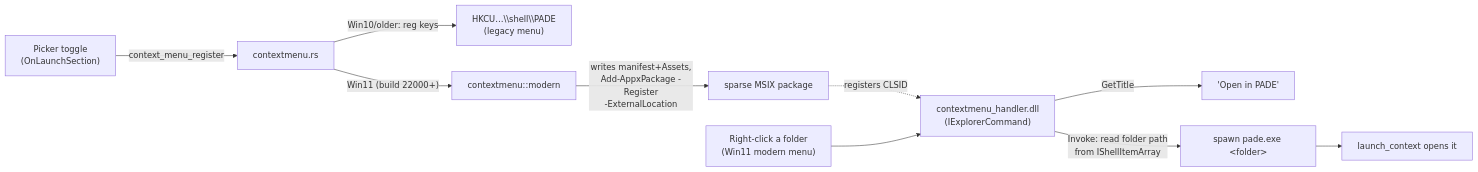
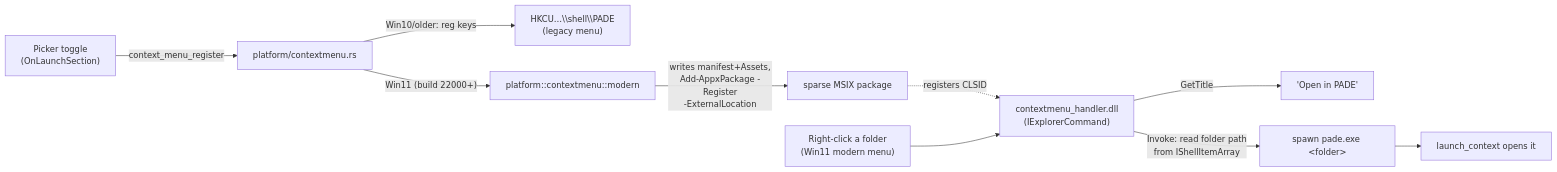
Before and after one commit to avi12/pade: the eighth of 8 diagrams in ARCHITECTURE.md, drawn with Mermaid. The commit also changed other lines of this file, not shown here.

First line of the commit message:
docs(architecture): map the Rust core by its new module folders

````diff
--- a/ARCHITECTURE.md
+++ b/ARCHITECTURE.md
@@ -607,13 +678,13 @@
 ```mermaid
 flowchart LR
-  toggle["Picker toggle\n(OnLaunchSection)"] -->|context_menu_register| cm["contextmenu.rs"]
+  toggle["Picker toggle\n(OnLaunchSection)"] -->|context_menu_register| cm["platform/contextmenu.rs"]
   cm -->|"Win10/older: reg keys"| legacy["HKCU…\\shell\\PADE\n(legacy menu)"]
-  cm -->|"Win11 (build 22000+)"| modernmod["contextmenu::modern"]
+  cm -->|"Win11 (build 22000+)"| modernmod["platform::contextmenu::modern"]
   modernmod -->|writes manifest+Assets,\nAdd-AppxPackage -Register\n-ExternalLocation| pkg["sparse MSIX package"]
   pkg -.registers CLSID.-> dll["contextmenu_handler.dll\n(IExplorerCommand)"]
 
   rc["Right-click a folder\n(Win11 modern menu)"] --> dll
   dll -->|GetTitle| title["'Open in PADE'"]
   dll -->|Invoke: read folder path\nfrom IShellItemArray| spawn["spawn pade.exe &lt;folder&gt;"]
   spawn --> lc["launch_context opens it"]
 ```
````
